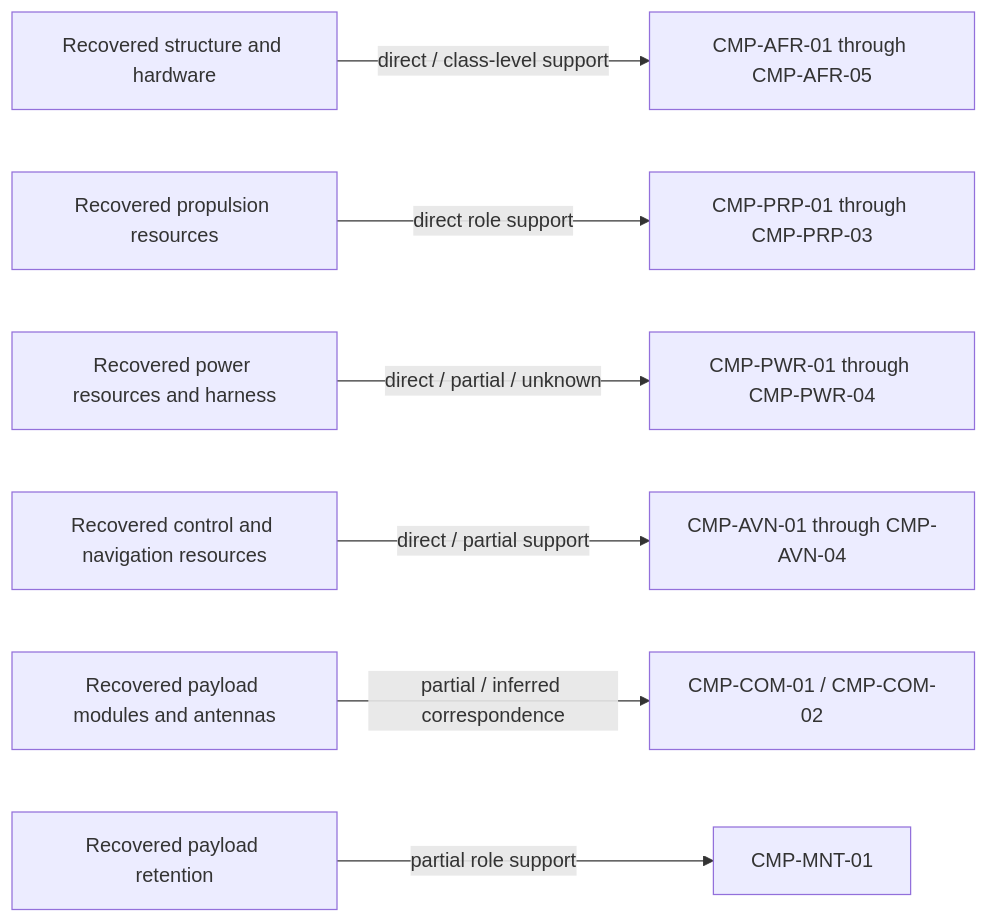
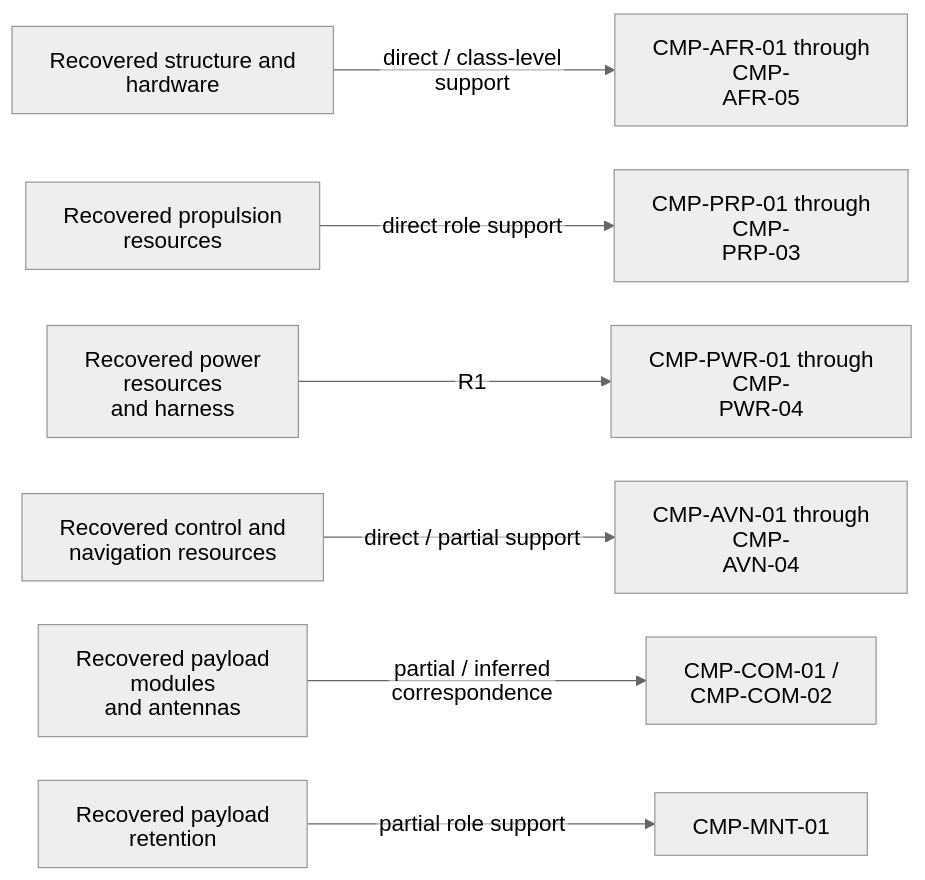
The seventh of 15 diagrams in docs/reference/architecture-atlas.md (noahstephenson/low-cost-relay-uas), drawn with Mermaid before and after one commit. The commit also changed other lines of this file and 22 other files, not shown here.

Commit message:
Teach the relay UAS architecture through a guided reading path and readable views

````diff
--- a/docs/reference/architecture-atlas.md
+++ b/docs/reference/architecture-atlas.md
@@ -210,10 +331,11 @@
 ```mermaid
+%%{init: {"theme": "neutral", "htmlLabels": false, "themeVariables": {"fontSize": "18px"}, "flowchart": {"htmlLabels": false, "nodeSpacing": 35, "rankSpacing": 45}}}%%
 flowchart LR
     %% Configuration scope: CFG-REC informs CFG-REP / CFG-DOM - no exact inheritance
-    REC_STRUCTURE["Recovered structure and hardware"] -->|"direct / class-level support"| CAND_STRUCTURE["CMP-AFR-01 through CMP-AFR-05"]
-    REC_PROPULSION["Recovered propulsion resources"] -->|"direct role support"| CAND_PROPULSION["CMP-PRP-01 through CMP-PRP-03"]
-    REC_POWER["Recovered power resources and harness"] -->|"direct / partial / unknown"| CAND_POWER["CMP-PWR-01 through CMP-PWR-04"]
-    REC_AVIONICS["Recovered control and navigation resources"] -->|"direct / partial support"| CAND_AVIONICS["CMP-AVN-01 through CMP-AVN-04"]
-    REC_PAYLOAD["Recovered payload modules and antennas"] -->|"partial / inferred correspondence"| CAND_PAYLOAD["CMP-COM-01 / CMP-COM-02"]
-    REC_MOUNTING["Recovered payload retention"] -->|"partial role support"| CAND_MOUNTING["CMP-MNT-01"]
+    REC_STRUCTURE["Recovered structure and<br/>hardware"] -->|"direct / class-level support"| CAND_STRUCTURE["CMP-AFR-01 through CMP-<br/>AFR-05"]
+    REC_PROPULSION["Recovered propulsion<br/>resources"] -->|"direct role support"| CAND_PROPULSION["CMP-PRP-01 through CMP-<br/>PRP-03"]
+    REC_POWER["Recovered power resources<br/>and harness"] -->|"R1"| CAND_POWER["CMP-PWR-01 through CMP-<br/>PWR-04"]
+    REC_AVIONICS["Recovered control and<br/>navigation resources"] -->|"direct / partial support"| CAND_AVIONICS["CMP-AVN-01 through CMP-<br/>AVN-04"]
+    REC_PAYLOAD["Recovered payload modules<br/>and antennas"] -->|"partial / inferred correspondence"| CAND_PAYLOAD["CMP-COM-01 / CMP-COM-02"]
+    REC_MOUNTING["Recovered payload<br/>retention"] -->|"partial role support"| CAND_MOUNTING["CMP-MNT-01"]
 ```
````
